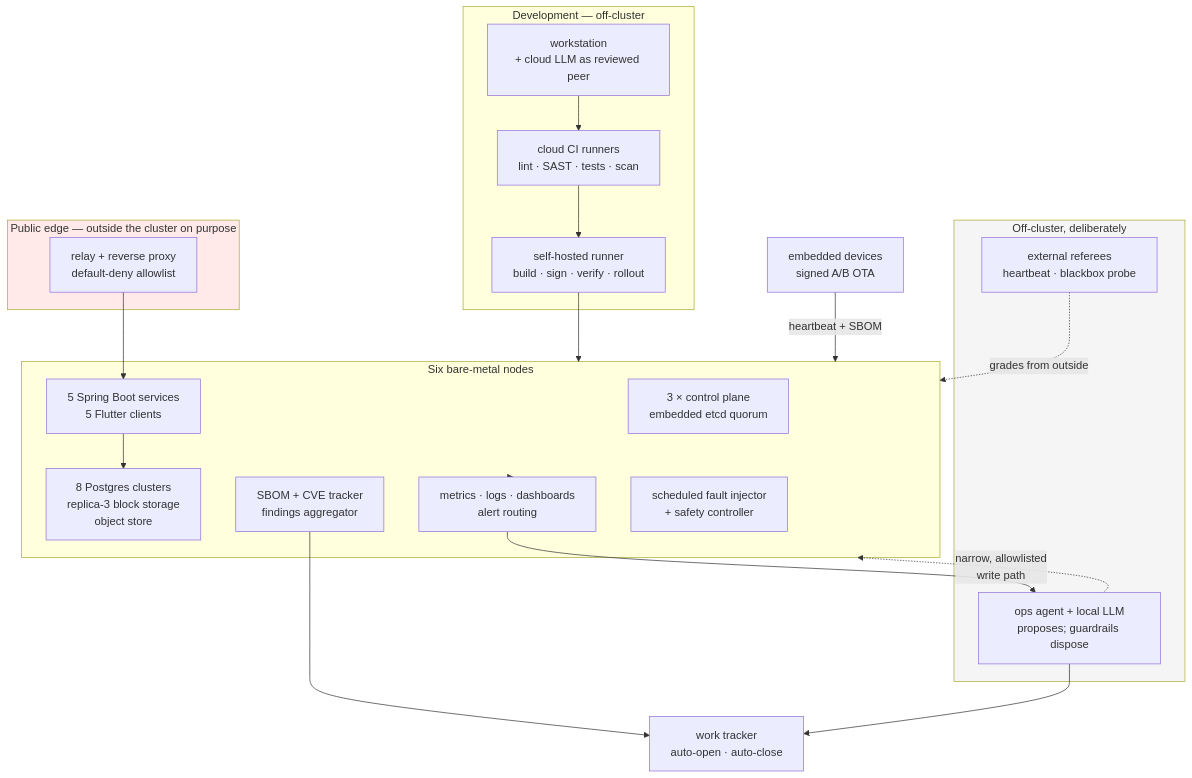
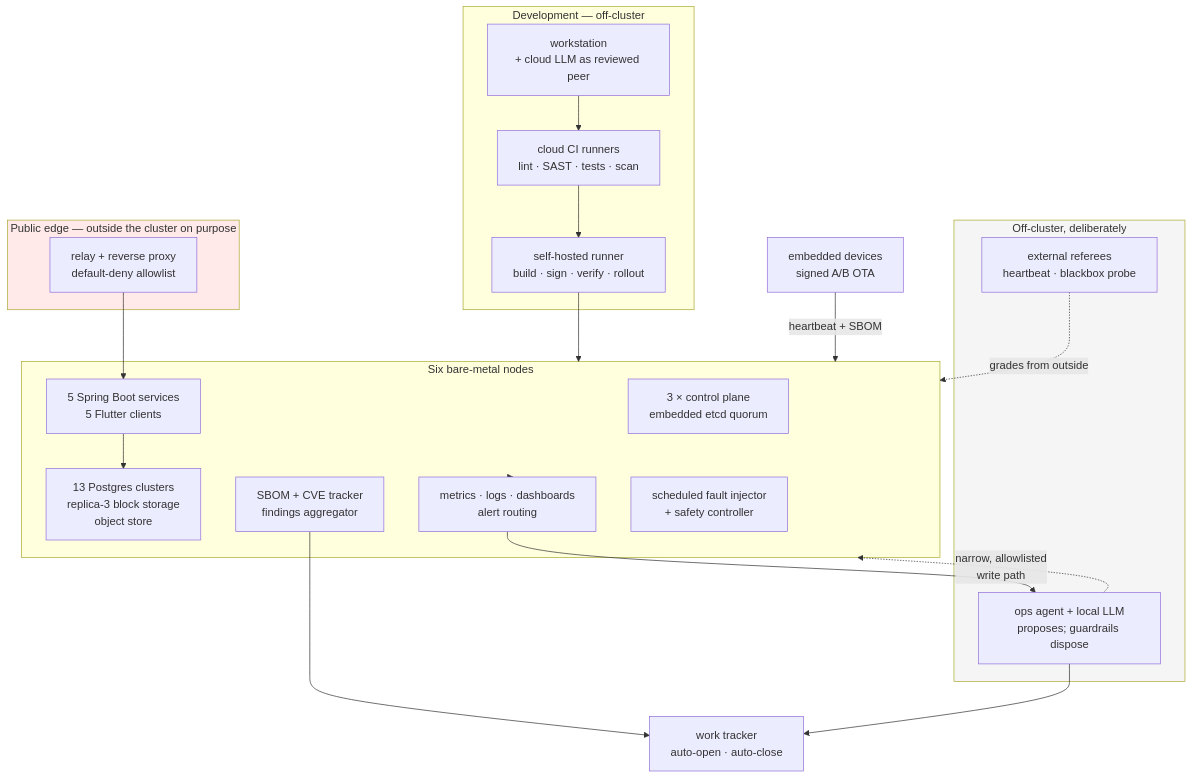
The diagram in docs/index.md (schultzzznet/schultzzznet), drawn with Mermaid before and after one commit. The commit also changed other lines of this file and 1 other file, not shown here.

First line of the commit message:
Re-derive every figure, and record the upgrade that needed no window

````diff
--- a/docs/index.md
+++ b/docs/index.md
@@ -190,42 +208,42 @@
 ```mermaid
 flowchart TB
   subgraph DEV["Development — off-cluster"]
     WS["workstation<br/>+ cloud LLM as reviewed peer"]
     CI["cloud CI runners<br/>lint · SAST · tests · scan"]
     RUN["self-hosted runner<br/>build · sign · verify · rollout"]
   end
 
   subgraph EDGE["Public edge — outside the cluster on purpose"]
     FUN["relay + reverse proxy<br/>default-deny allowlist"]
   end
 
   subgraph K3S["Six bare-metal nodes"]
     CP["3 × control plane<br/>embedded etcd quorum"]
     APPS["5 Spring Boot services<br/>5 Flutter clients"]
-    DATA["8 Postgres clusters<br/>replica-3 block storage<br/>object store"]
+    DATA["13 Postgres clusters<br/>replica-3 block storage<br/>object store"]
     OBS["metrics · logs · dashboards<br/>alert routing"]
     SEC["SBOM + CVE tracker<br/>findings aggregator"]
     CHAOS["scheduled fault injector<br/>+ safety controller"]
   end
 
   subgraph OFF["Off-cluster, deliberately"]
     AGENT["ops agent + local LLM<br/>proposes; guardrails dispose"]
     REF["external referees<br/>heartbeat · blackbox probe"]
   end
 
   DEV_DEVICES["embedded devices<br/>signed A/B OTA"]
 
   WS --> CI --> RUN --> K3S
   FUN --> APPS
   DEV_DEVICES -->|"heartbeat + SBOM"| K3S
   APPS --> DATA
   K3S --> OBS
   OBS --> AGENT
   SEC --> TRACK["work tracker<br/>auto-open · auto-close"]
   AGENT --> TRACK
   AGENT -.->|"narrow, allowlisted<br/>write path"| K3S
   REF -.->|"grades from outside"| K3S
 
   style OFF fill:#f5f5f5
   style EDGE fill:#ffe9e9
 ```
````
